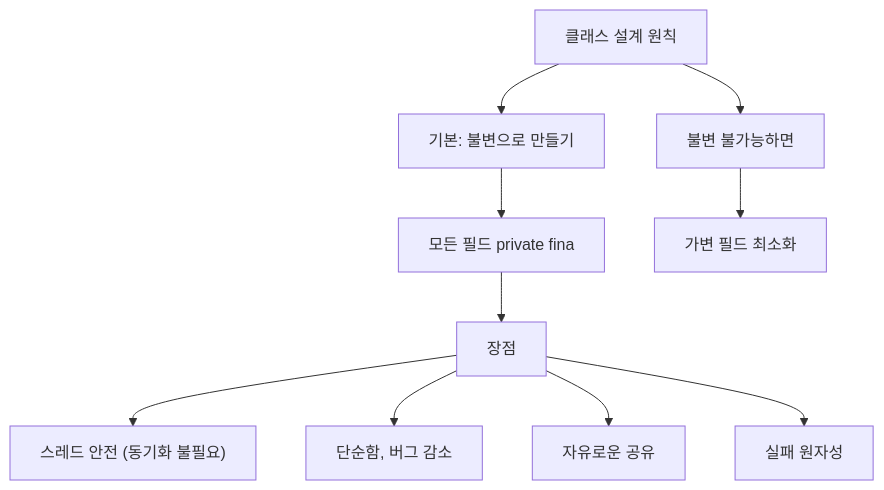
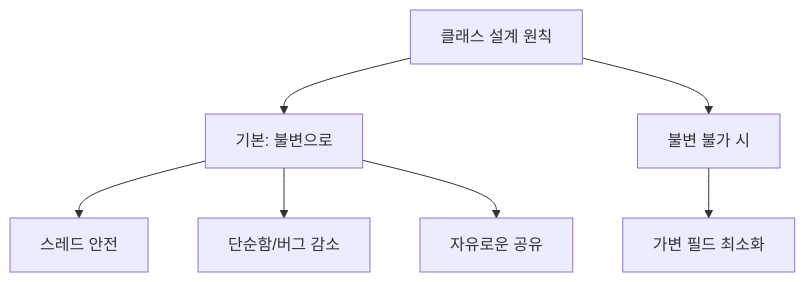
Before and after one commit to yjkim2015/yjkim2015.github.io: the third of 3 diagrams in _posts/java/2022-01-03-effective-java17.md, drawn with Mermaid. The commit also changed other lines of this file and 155 other files, not shown here.

First line of the commit message:
Mermaid 전면 수정: subgraph 제거, participant/노드/줄수 축소 (342블록)

````diff
--- a/_posts/java/2022-01-03-effective-java17.md
+++ b/_posts/java/2022-01-03-effective-java17.md
@@ -207,12 +206,9 @@
 ```mermaid
 graph TD
-    A["클래스 설계 원칙"] --> B["기본: 불변으로 만들기"]
-    B --> C["모든 필드 private fina"]
-    A --> D["불변 불가능하면"]
+    A["클래스 설계 원칙"] --> B["기본: 불변으로"]
+    A --> D["불변 불가 시"]
+    B --> F1["스레드 안전"]
+    B --> F2["단순함/버그 감소"]
+    B --> F3["자유로운 공유"]
     D --> E["가변 필드 최소화"]
-    C --> F["장점"]
-    F --> F1["스레드 안전 (동기화 불필요)"]
-    F --> F2["단순함, 버그 감소"]
-    F --> F3["자유로운 공유"]
-    F --> F4["실패 원자성"]
 ```
````
